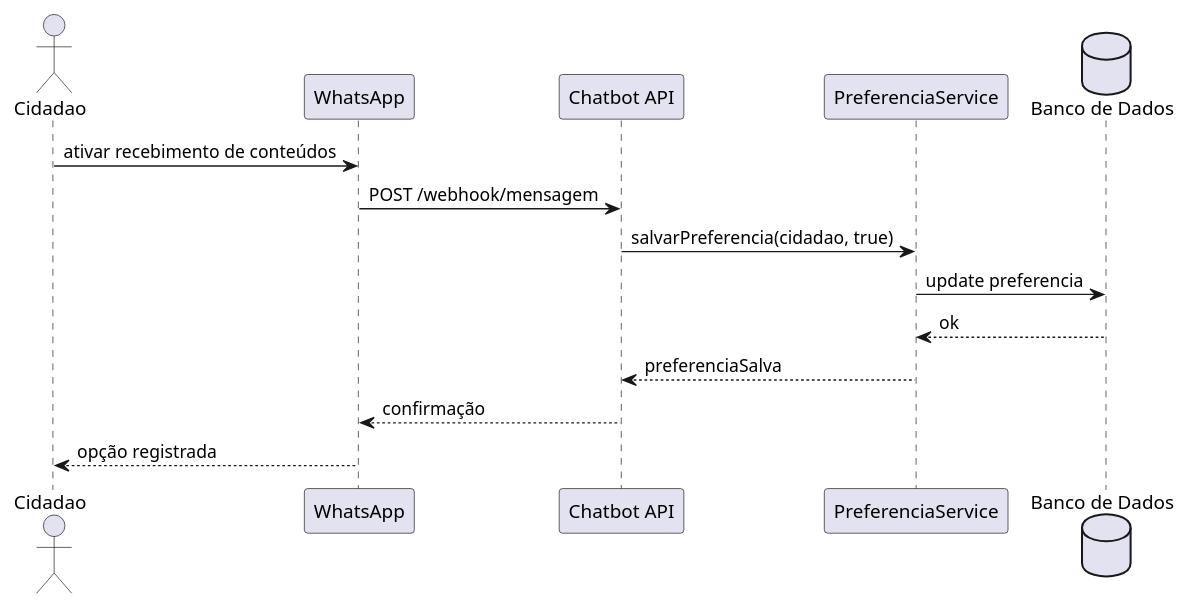
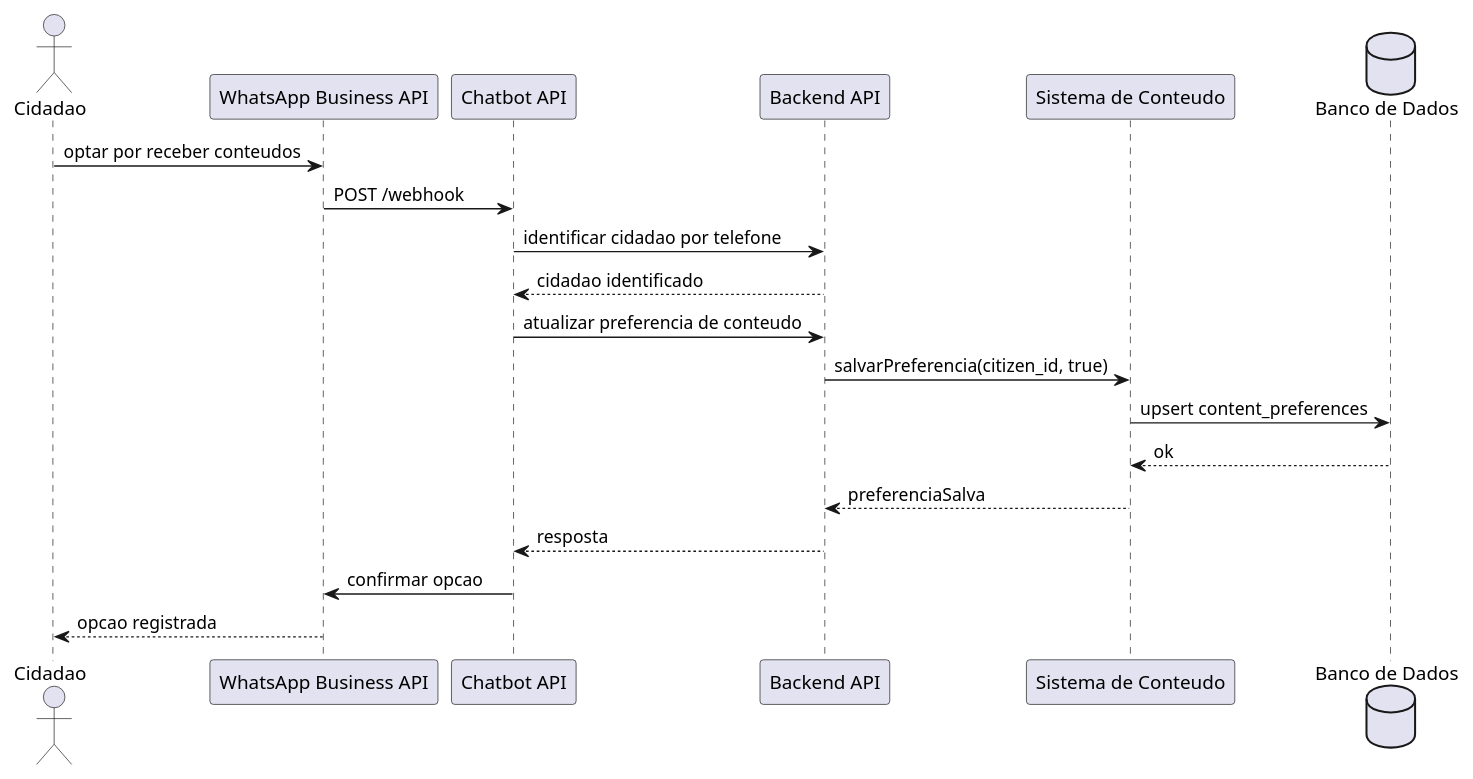
Before and after one commit to ICEI-PUC-Minas-PPLES-TI/plf-es-2025-2-tcci-0393100-dev-bernardo-biondini: the diagram in Artefatos/Sequencia/chatbot-optar-receber-conteudo.puml, drawn with PlantUML. The commit also changed 96 other files, not shown here.

Commit message:
Remoção de casos de uso e diagramas desnecessários e adaptações dos diagramas ao contexo atual do projeto

```diff
--- a/Artefatos/Sequencia/chatbot-optar-receber-conteudo.puml
+++ b/Artefatos/Sequencia/chatbot-optar-receber-conteudo.puml
@@ -1,16 +1,21 @@
 @startuml
 actor Cidadao
-participant "WhatsApp" as WA
-participant "Chatbot API" as API
-participant PreferenciaService
+participant "WhatsApp Business API" as WA
+participant "Chatbot API" as Chatbot
+participant "Backend API" as API
+participant "Sistema de Conteudo" as ContentService
 database "Banco de Dados" as DB
 
-Cidadao -> WA : ativar recebimento de conteúdos
-WA -> API : POST /webhook/mensagem
-API -> PreferenciaService : salvarPreferencia(cidadao, true)
-PreferenciaService -> DB : update preferencia
-DB --> PreferenciaService : ok
-PreferenciaService --> API : preferenciaSalva
-API --> WA : confirmação
-WA --> Cidadao : opção registrada
+Cidadao -> WA : optar por receber conteudos
+WA -> Chatbot : POST /webhook
+Chatbot -> API : identificar cidadao por telefone
+API --> Chatbot : cidadao identificado
+Chatbot -> API : atualizar preferencia de conteudo
+API -> ContentService : salvarPreferencia(citizen_id, true)
+ContentService -> DB : upsert content_preferences
+DB --> ContentService : ok
+ContentService --> API : preferenciaSalva
+API --> Chatbot : resposta
+Chatbot -> WA : confirmar opcao
+WA --> Cidadao : opcao registrada
 @enduml
```
